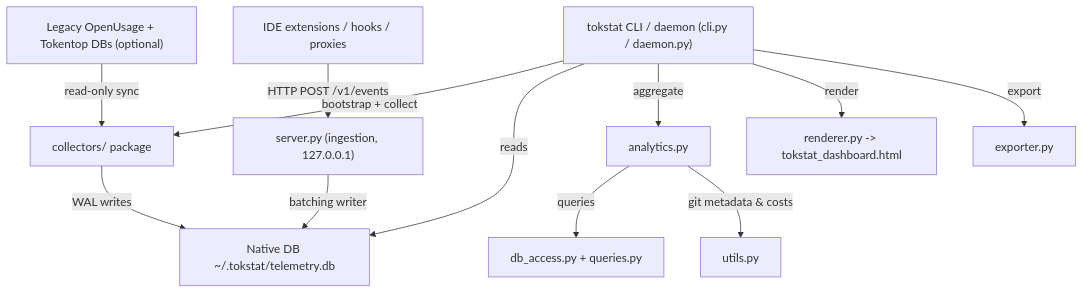
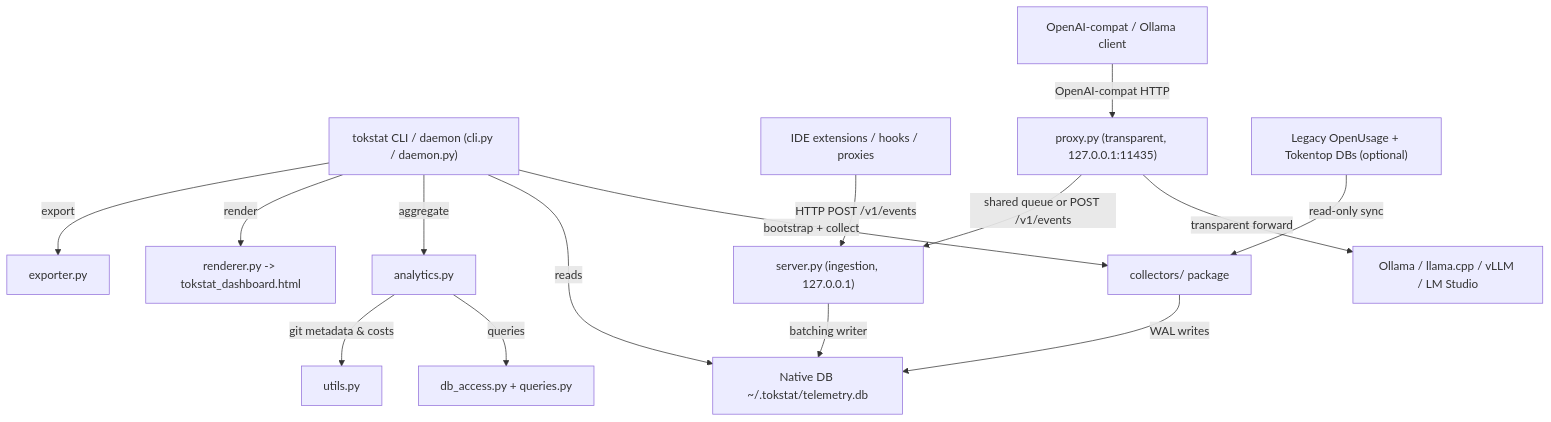
The diagram in docs/observatory_architecture.md (kendallcore/tokstat), drawn with Mermaid before and after one commit. The commit also changed other lines of this file and 3 other files, not shown here.

````diff
--- a/docs/observatory_architecture.md
+++ b/docs/observatory_architecture.md
@@ -18,14 +18,17 @@
 ```mermaid
 graph TD
     A["tokstat CLI / daemon (cli.py / daemon.py)"] -->|bootstrap + collect| B["collectors/ package"]
     C["IDE extensions / hooks / proxies"] -->|HTTP POST /v1/events| D["server.py (ingestion, 127.0.0.1)"]
+    L["OpenAI-compat / Ollama client"] -->|OpenAI-compat HTTP| M["proxy.py (transparent, 127.0.0.1:11435)"]
+    M -->|transparent forward| N["Ollama / llama.cpp / vLLM / LM Studio"]
+    M -->|shared queue or POST /v1/events| D
     E["Legacy OpenUsage + Tokentop DBs (optional)"] -->|read-only sync| B
     B -->|WAL writes| F["Native DB ~/.tokstat/telemetry.db"]
     D -->|batching writer| F
     A -->|reads| F
     A -->|aggregate| G["analytics.py"]
     G -->|queries| H["db_access.py + queries.py"]
     G -->|git metadata & costs| I["utils.py"]
     A -->|render| J["renderer.py -> tokstat_dashboard.html"]
     A -->|export| K["exporter.py"]
 ```
````
